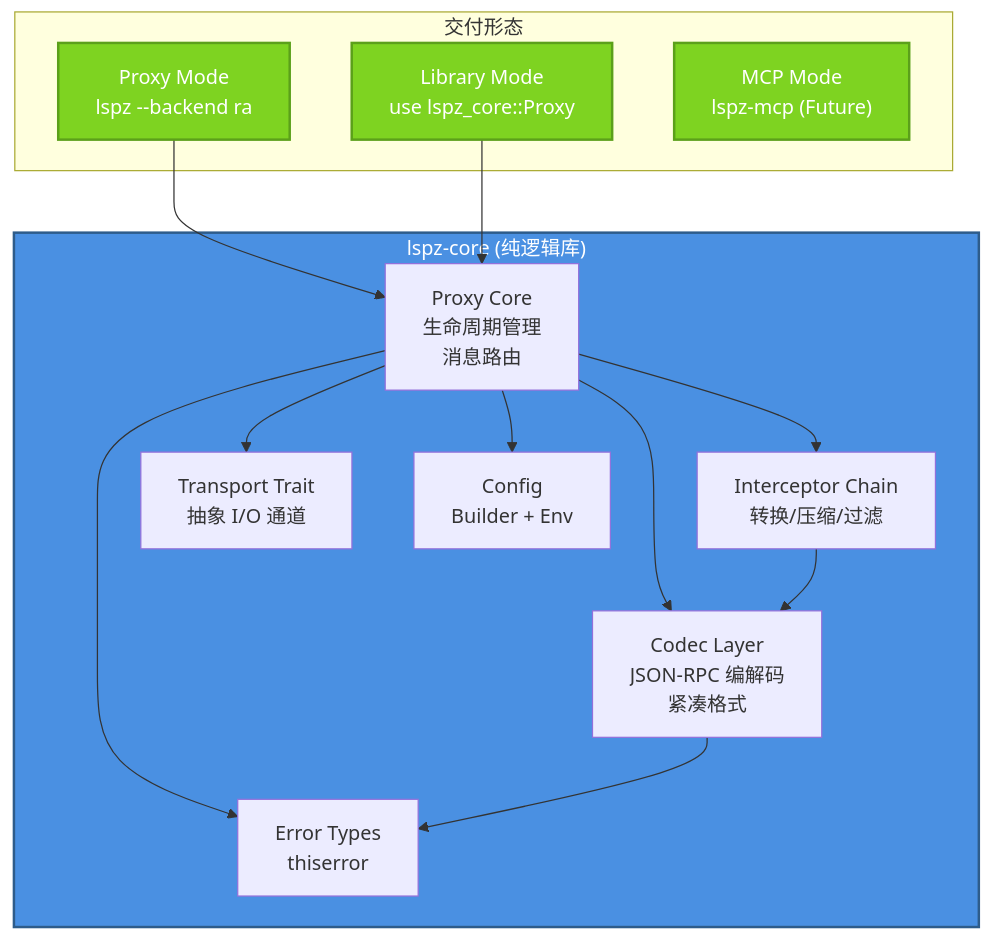
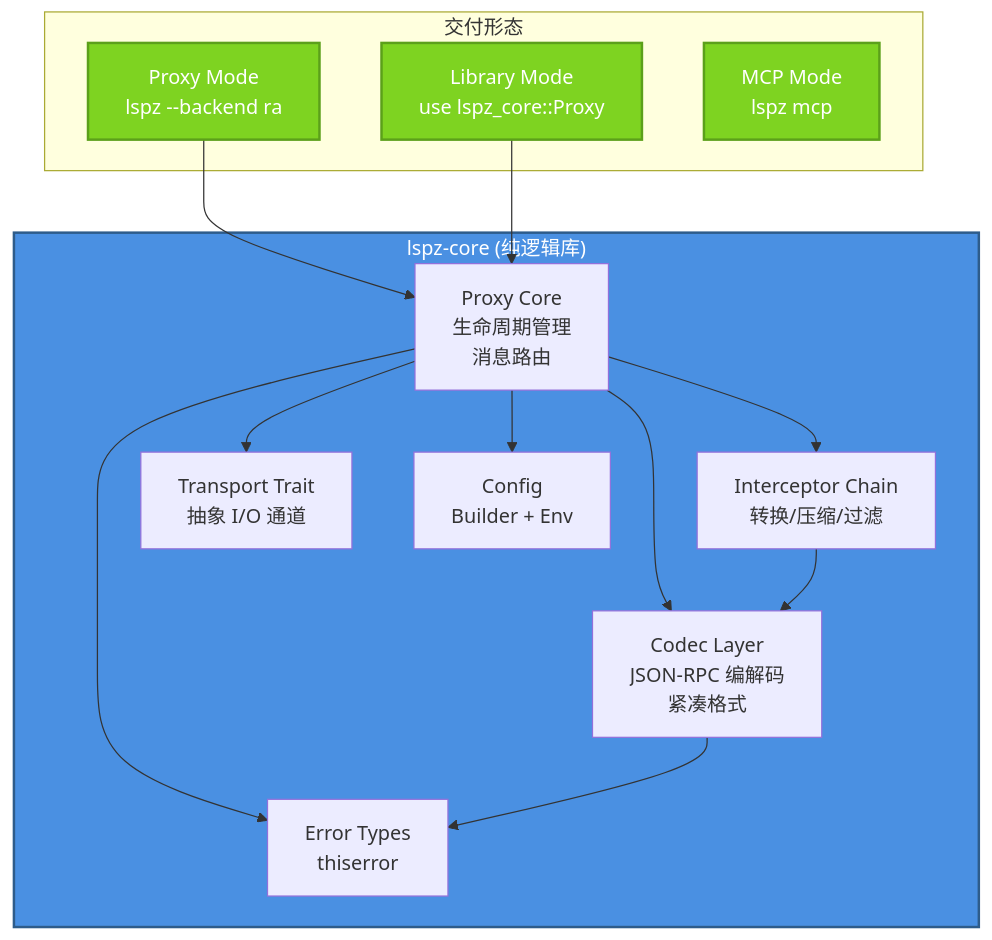
Before and after one commit to StrayDragon/lspz: the first of 9 diagrams in docs/specs/001-tri-modal-architecture.md, drawn with Mermaid. The commit also changed other lines of this file and 17 other files, not shown here.

````diff
--- a/docs/specs/001-tri-modal-architecture.md
+++ b/docs/specs/001-tri-modal-architecture.md
@@ -15,33 +15,33 @@
 ```mermaid
 graph TB
     subgraph Core["lspz-core (纯逻辑库)"]
         PROXY["Proxy Core<br/>生命周期管理<br/>消息路由"]
         INTERCEPTOR["Interceptor Chain<br/>转换/压缩/过滤"]
         CODEC["Codec Layer<br/>JSON-RPC 编解码<br/>紧凑格式"]
         TRANSPORT["Transport Trait<br/>抽象 I/O 通道"]
         CONFIG["Config<br/>Builder + Env"]
         ERROR["Error Types<br/>thiserror"]
     end
 
     subgraph Delivery["交付形态"]
         LIB["Library Mode<br/>use lspz_core::Proxy"]
         CLIBIN["Proxy Mode<br/>lspz --backend ra"]
-        MCP["MCP Mode<br/>lspz-mcp (Future)"]
+        MCP["MCP Mode<br/>lspz mcp"]
     end
 
     PROXY --> INTERCEPTOR
     PROXY --> CODEC
     PROXY --> TRANSPORT
     PROXY --> CONFIG
     PROXY --> ERROR
     INTERCEPTOR --> CODEC
     CODEC --> ERROR
 
     CLIBIN --> PROXY
     LIB --> PROXY
 
     classDef core fill:#4A90E2,stroke:#2E5C8A,stroke-width:2px,color:#fff
     classDef delivery fill:#7ED321,stroke:#5BA01A,stroke-width:2px,color:#fff
     class Core core
     class LIB,CLIBIN,MCP delivery
 ```
````
